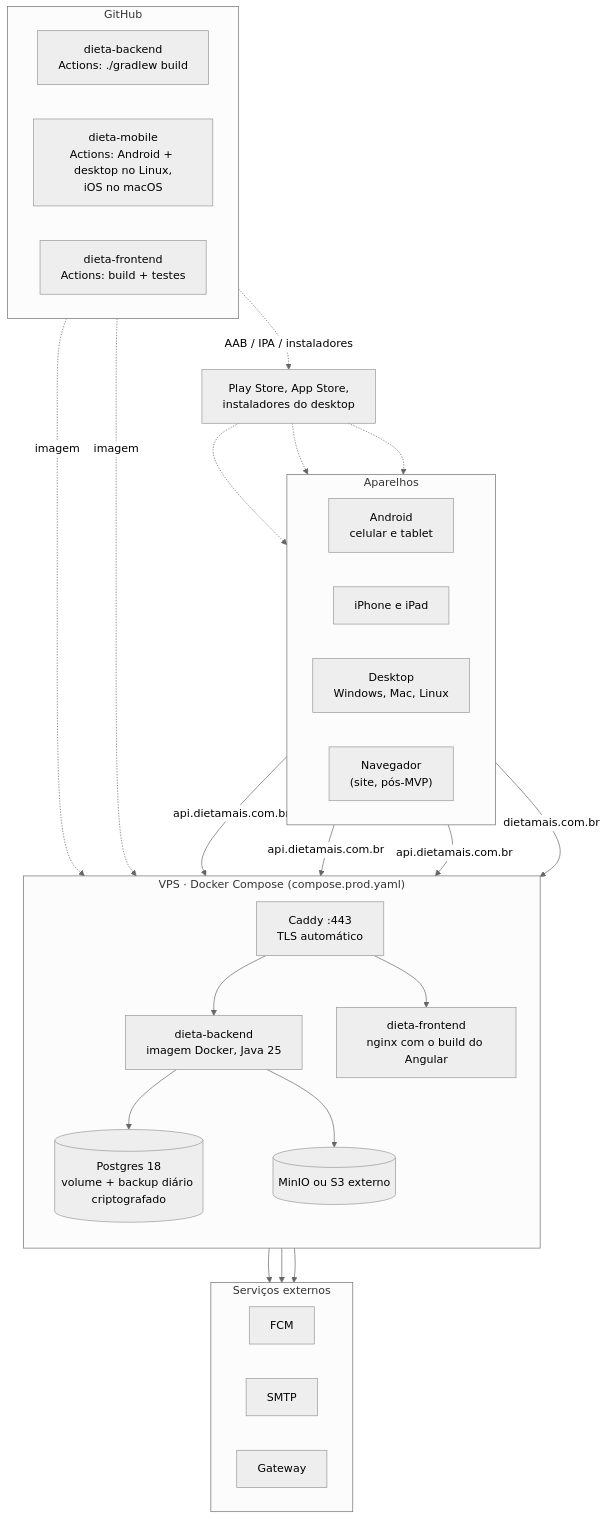
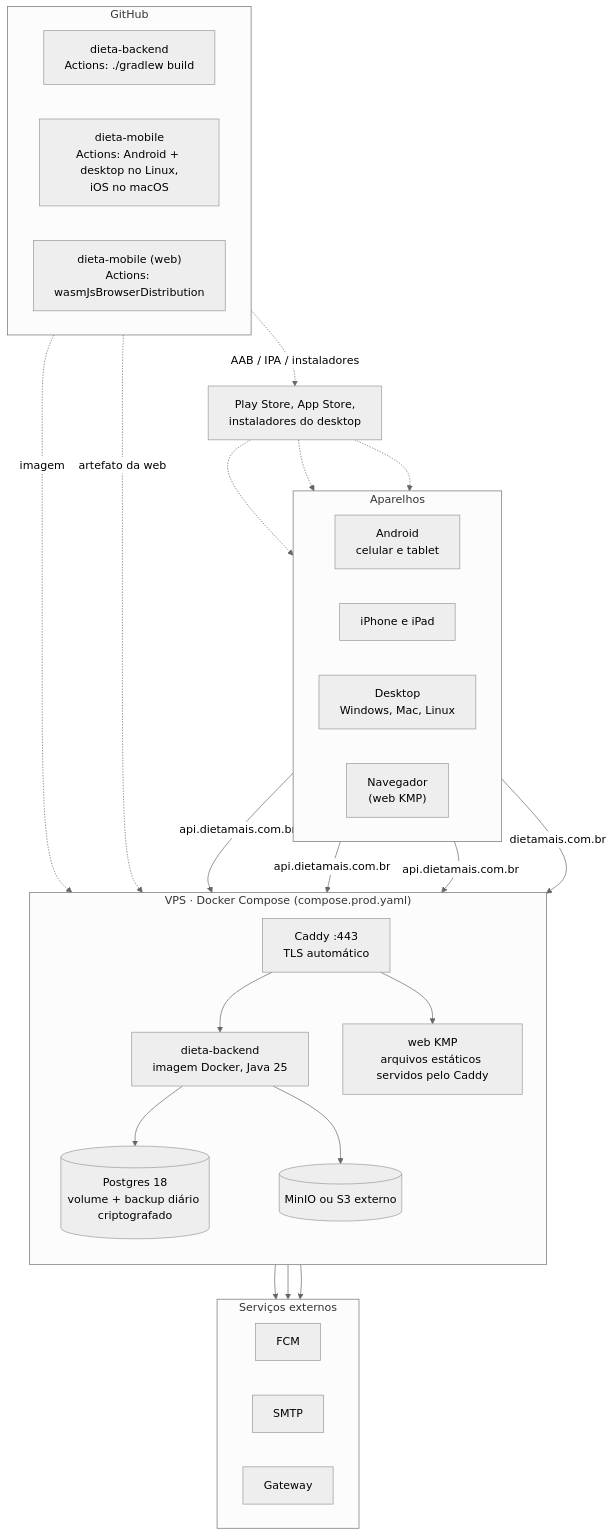
One commit to guilherme-oliveria/dieta-mobile changed diagram 13 of 13 in docs/arquitetura/diagramas.md. Above: the diagram before and after it, drawn with Mermaid (neutral theme). The commit also changed other lines of this file and 700 other files, not shown here.

````diff
--- a/docs/arquitetura/diagramas.md
+++ b/docs/arquitetura/diagramas.md
@@ -362,45 +362,45 @@
 ```mermaid
 flowchart TB
     subgraph disp["Aparelhos"]
         direction LR
         a["Android<br/>celular e tablet"]
         i["iPhone e iPad"]
         d["Desktop<br/>Windows, Mac, Linux"]
-        nav["Navegador<br/>(site, pós-MVP)"]
+        nav["Navegador<br/>(web KMP)"]
     end
 
     subgraph vps["VPS · Docker Compose (compose.prod.yaml)"]
         direction TB
         caddy["Caddy :443<br/>TLS automático"]
         be["dieta-backend<br/>imagem Docker, Java 25"]
-        fe["dieta-frontend<br/>nginx com o build do Angular"]
+        fe["web KMP<br/>arquivos estáticos servidos pelo Caddy"]
         pg[("Postgres 18<br/>volume + backup diário criptografado")]
         minio[("MinIO ou S3 externo")]
     end
 
     subgraph ext["Serviços externos"]
         direction LR
         fcm["FCM"]
         mail["SMTP"]
         gw["Gateway"]
     end
 
     subgraph ci["GitHub"]
         direction LR
         r1["dieta-backend<br/>Actions: ./gradlew build"]
         r2["dieta-mobile<br/>Actions: Android + desktop no Linux,<br/>iOS no macOS"]
-        r3["dieta-frontend<br/>Actions: build + testes"]
+        r3["dieta-mobile (web)<br/>Actions: wasmJsBrowserDistribution"]
     end
 
     a & i & d -- "api.dietamais.com.br" --> caddy
     nav -- "dietamais.com.br" --> caddy
     caddy --> be
     caddy --> fe
     be --> pg
     be --> minio
     be --> fcm & mail & gw
     r1 -. "imagem" .-> be
-    r3 -. "imagem" .-> fe
+    r3 -. "artefato da web" .-> fe
     r2 -. "AAB / IPA / instaladores" .-> lojas["Play Store, App Store,<br/>instaladores do desktop"]
     lojas -.-> a & i & d
 ```
````
